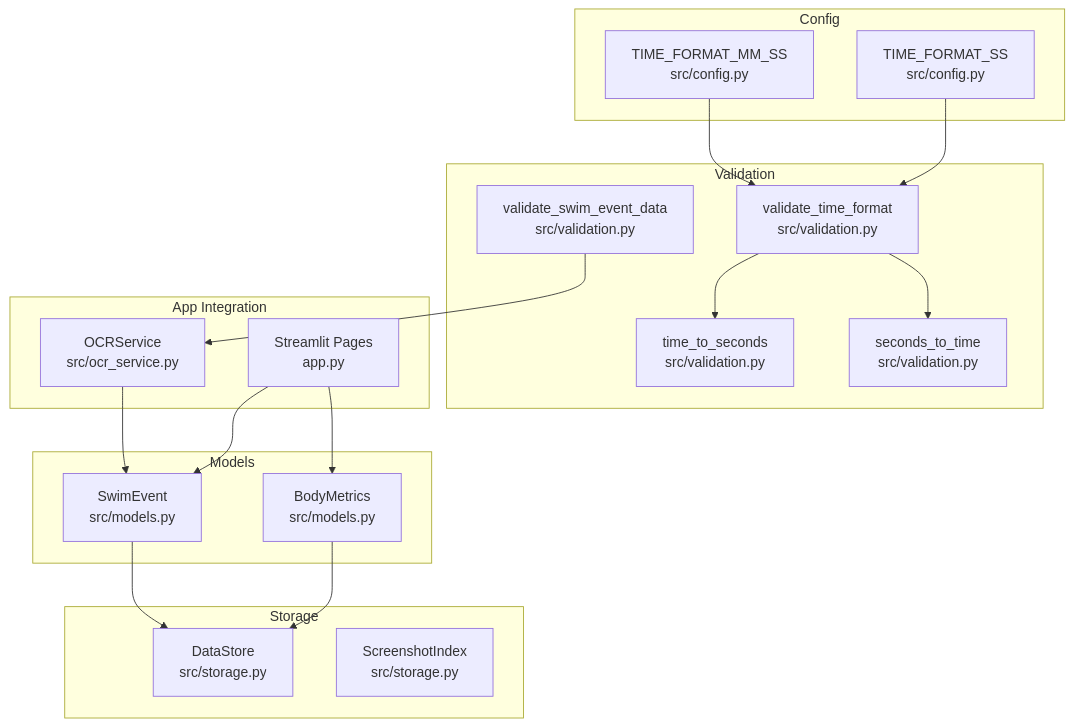
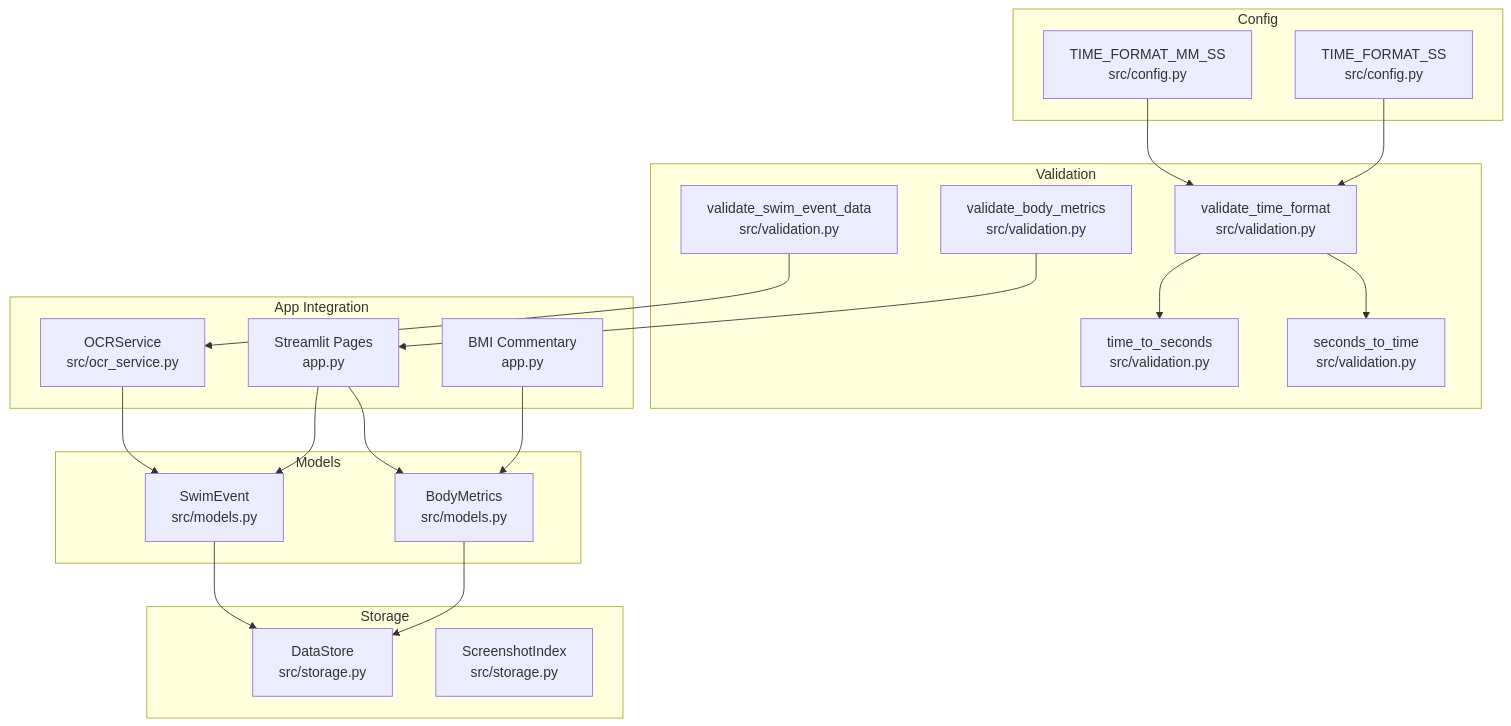
One commit to Johnny22056/SwimingStatus changed the first of 8 diagrams in .qoder/repowiki/en/content/Data Models/Data Models.md. Above: the diagram before and after it, drawn with Mermaid. The commit also changed other lines of this file and 5 other files, not shown here.

````diff
--- a/.qoder/repowiki/en/content/Data Models/Data Models.md
+++ b/.qoder/repowiki/en/content/Data Models/Data Models.md
@@ -36,35 +43,39 @@
 ```mermaid
 graph TB
 subgraph "Models"
 M1["SwimEvent<br/>src/models.py"]
 M2["BodyMetrics<br/>src/models.py"]
 end
 subgraph "Validation"
 V1["validate_time_format<br/>src/validation.py"]
 V2["validate_swim_event_data<br/>src/validation.py"]
-V3["time_to_seconds<br/>src/validation.py"]
-V4["seconds_to_time<br/>src/validation.py"]
+V3["validate_body_metrics<br/>src/validation.py"]
+V4["time_to_seconds<br/>src/validation.py"]
+V5["seconds_to_time<br/>src/validation.py"]
 end
 subgraph "Storage"
 S1["DataStore<br/>src/storage.py"]
 S2["ScreenshotIndex<br/>src/storage.py"]
 end
 subgraph "Config"
 C1["TIME_FORMAT_MM_SS<br/>src/config.py"]
 C2["TIME_FORMAT_SS<br/>src/config.py"]
 end
 subgraph "App Integration"
 A1["OCRService<br/>src/ocr_service.py"]
 A2["Streamlit Pages<br/>app.py"]
+A3["BMI Commentary<br/>app.py"]
 end
 M1 --> S1
 M2 --> S1
 V2 --> A1
-V1 --> V3
+V3 --> A2
 V1 --> V4
+V1 --> V5
 C1 --> V1
 C2 --> V1
 A1 --> M1
 A2 --> M1
 A2 --> M2
+A3 --> M2
 ```
````
